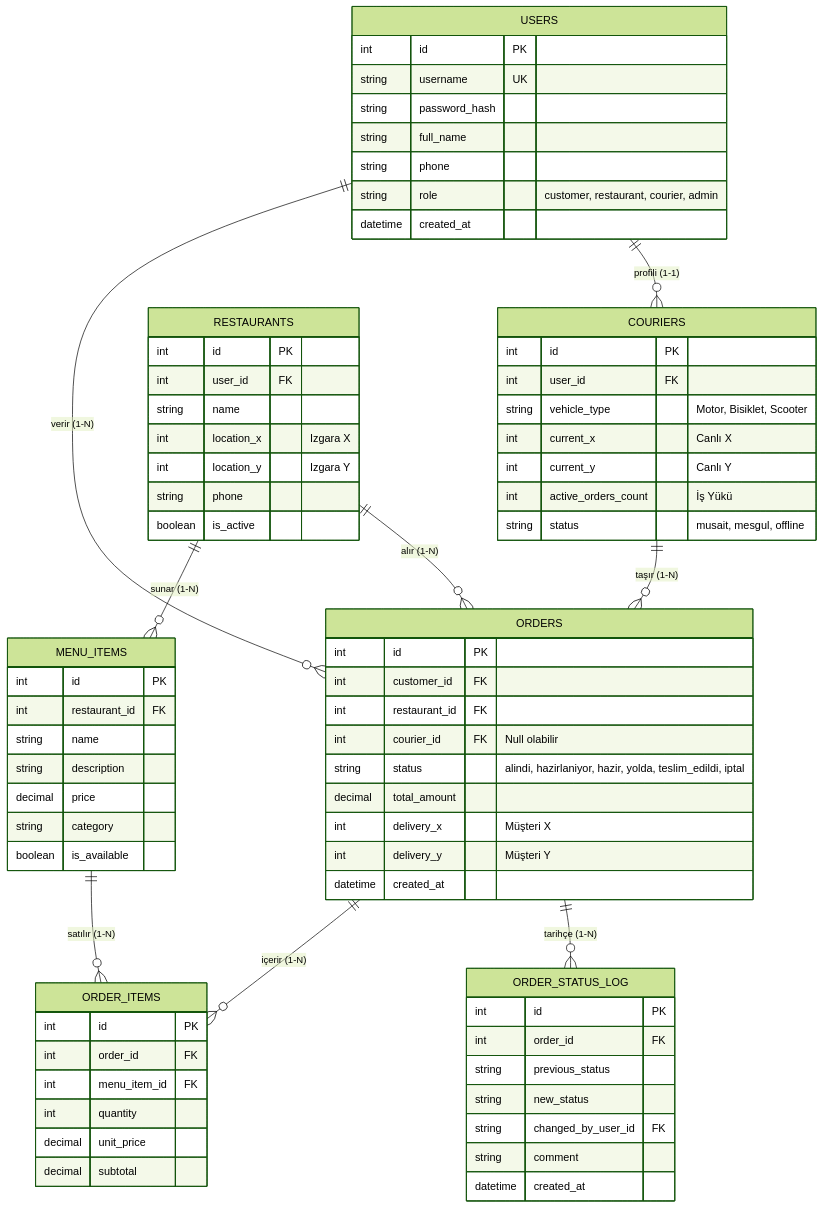
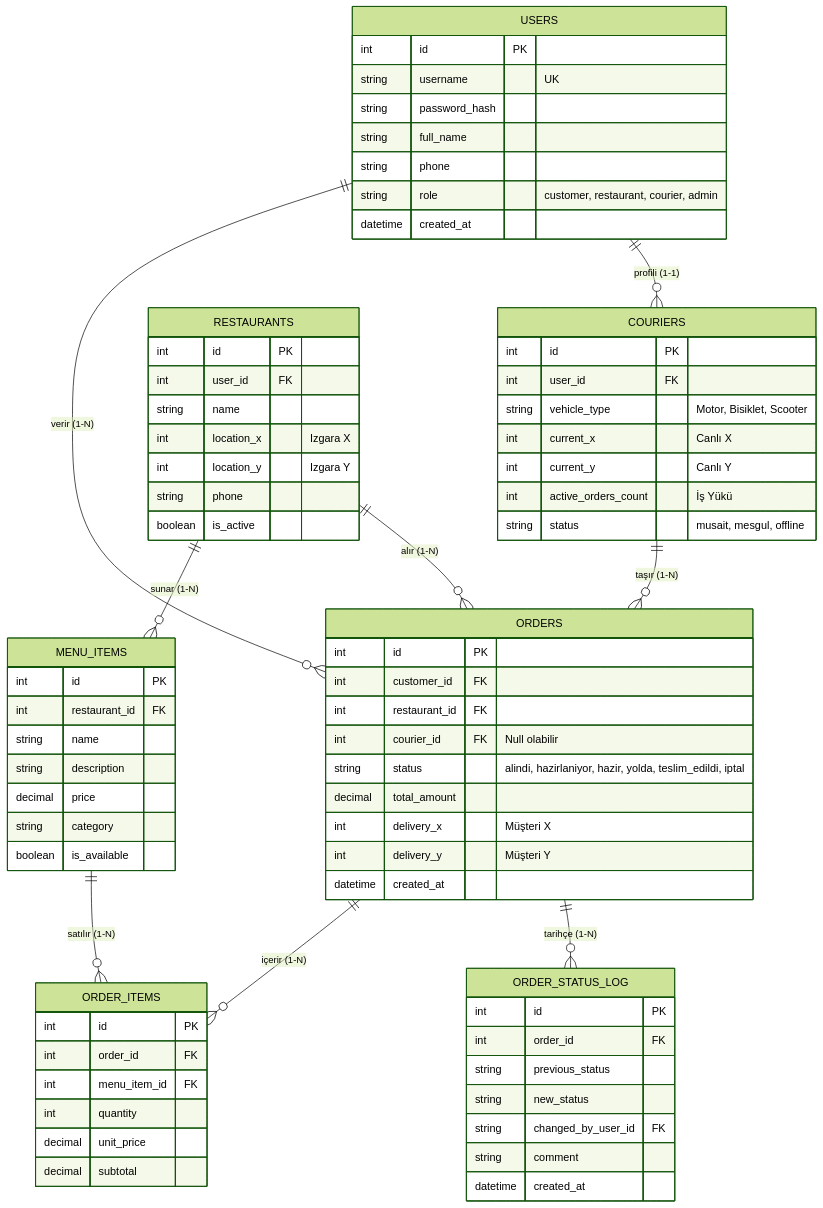
The fourth of 6 diagrams in docs/sunumda_yapilmasi_gerekenler/02_TUM_DIYAGRAMLAR_VE_MIMARI_CIZIMLER.md (mustafaguresir/GustoGo), drawn with Mermaid (forest theme) before and after one commit. The commit also changed other lines of this file and 27 other files, not shown here.

````diff
--- a/docs/sunumda_yapilmasi_gerekenler/02_TUM_DIYAGRAMLAR_VE_MIMARI_CIZIMLER.md
+++ b/docs/sunumda_yapilmasi_gerekenler/02_TUM_DIYAGRAMLAR_VE_MIMARI_CIZIMLER.md
@@ -272,82 +283,82 @@
 ```mermaid
 erDiagram
     USERS ||--o{ ORDERS : "verir (1-N)"
     USERS ||--o{ COURIERS : "profili (1-1)"
     RESTAURANTS ||--o{ MENU_ITEMS : "sunar (1-N)"
     RESTAURANTS ||--o{ ORDERS : "alır (1-N)"
     COURIERS ||--o{ ORDERS : "taşır (1-N)"
     ORDERS ||--o{ ORDER_ITEMS : "içerir (1-N)"
     MENU_ITEMS ||--o{ ORDER_ITEMS : "satılır (1-N)"
     ORDERS ||--o{ ORDER_STATUS_LOG : "tarihçe (1-N)"
 
     USERS {
         int id PK
-        string username UK
+        string username "UK"
         string password_hash
         string full_name
         string phone
         string role "customer, restaurant, courier, admin"
         datetime created_at
     }
 
     RESTAURANTS {
         int id PK
         int user_id FK
         string name
         int location_x "Izgara X"
         int location_y "Izgara Y"
         string phone
         boolean is_active
     }
 
     MENU_ITEMS {
         int id PK
         int restaurant_id FK
         string name
         string description
         decimal price
         string category
         boolean is_available
     }
 
     COURIERS {
         int id PK
         int user_id FK
         string vehicle_type "Motor, Bisiklet, Scooter"
         int current_x "Canlı X"
         int current_y "Canlı Y"
         int active_orders_count "İş Yükü"
         string status "musait, mesgul, offline"
     }
 
     ORDERS {
         int id PK
         int customer_id FK
         int restaurant_id FK
         int courier_id FK "Null olabilir"
         string status "alindi, hazirlaniyor, hazir, yolda, teslim_edildi, iptal"
         decimal total_amount
         int delivery_x "Müşteri X"
         int delivery_y "Müşteri Y"
         datetime created_at
     }
 
     ORDER_ITEMS {
         int id PK
         int order_id FK
         int menu_item_id FK
         int quantity
         decimal unit_price
         decimal subtotal
     }
 
     ORDER_STATUS_LOG {
         int id PK
         int order_id FK
         string previous_status
         string new_status
         string changed_by_user_id FK
         string comment
         datetime created_at
     }
 ```
````
